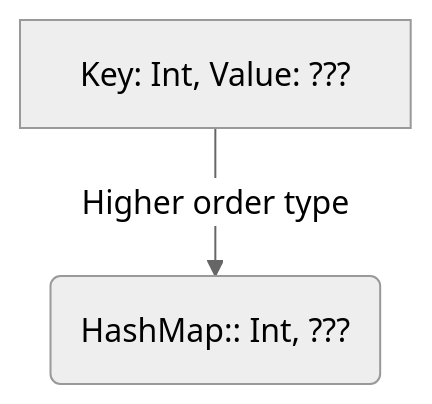
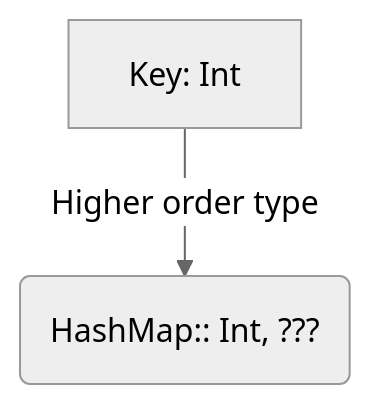
The tenth of 11 diagrams in fp_01.md (ywchae1209/scala), drawn with Mermaid (neutral theme) before and after one commit.

````diff
--- a/fp_01.md
+++ b/fp_01.md
@@ -287,4 +287,4 @@
 ```mermaid
 flowchart TD
-  A[Key: Int, Value: ???] --> |Higher order type| B(HashMap:: Int, ???)
+  A[Key: Int] --> |Higher order type| B(HashMap:: Int, ???)
 ```
````
